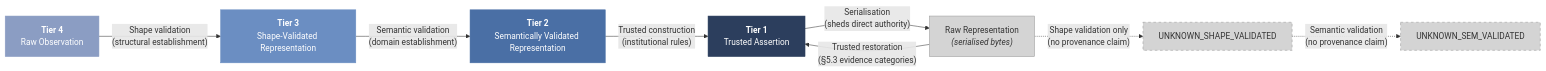
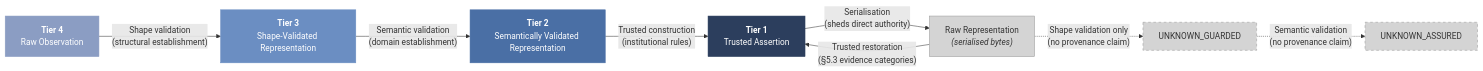
The second of 2 diagrams in docs/spec/wardline-01-05-authority-tier-enforcement-spec.md (johnm-dta/wardline), drawn with Mermaid before and after one commit. The commit also changed other lines of this file and 489 other files, not shown here.

````diff
--- a/docs/spec/wardline-01-05-authority-tier-enforcement-spec.md
+++ b/docs/spec/wardline-01-05-authority-tier-enforcement-spec.md
@@ -142,24 +142,24 @@
 ```mermaid
 graph LR
     T4["<b>Tier 4</b><br/>Raw Observation"]
     T3["<b>Tier 3</b><br/>Shape-Validated Representation"]
     T2["<b>Tier 2</b><br/>Semantically Validated Representation"]
     T1["<b>Tier 1</b><br/>Trusted Assertion"]
     RAW["Raw Representation<br/><i>(serialised bytes)</i>"]
 
     T4 -->|"Shape validation<br/>(structural establishment)"| T3
     T3 -->|"Semantic validation<br/>(domain establishment)"| T2
     T2 -->|"Trusted construction<br/>(institutional rules)"| T1
     T1 -->|"Serialisation<br/>(sheds direct authority)"| RAW
     RAW -->|"Trusted restoration<br/>(§5.3 evidence categories)"| T1
-    RAW -.->|"Shape validation only<br/>(no provenance claim)"| USV["UNKNOWN_SHAPE_VALIDATED"]
-    USV -.->|"Semantic validation<br/>(no provenance claim)"| USEV["UNKNOWN_SEM_VALIDATED"]
+    RAW -.->|"Shape validation only<br/>(no provenance claim)"| USV["UNKNOWN_GUARDED"]
+    USV -.->|"Semantic validation<br/>(no provenance claim)"| USEV["UNKNOWN_ASSURED"]
 
     style T1 fill:#2C3E5D,color:#fff,stroke:#2C3E5D
     style T2 fill:#4A6FA5,color:#fff,stroke:#4A6FA5
     style T3 fill:#6B8EC2,color:#fff,stroke:#6B8EC2
     style T4 fill:#8B9DC3,color:#fff,stroke:#8B9DC3
     style RAW fill:#D4D4D4,color:#333,stroke:#999
     style USV fill:#D4D4D4,color:#333,stroke:#999,stroke-dasharray: 5 5
     style USEV fill:#D4D4D4,color:#333,stroke:#999,stroke-dasharray: 5 5
 ```
````
